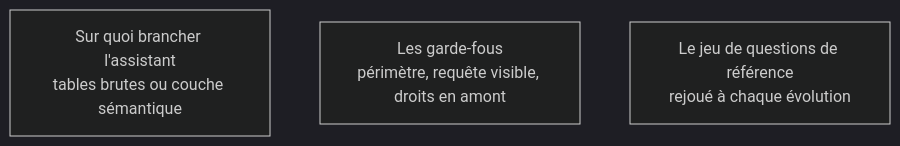
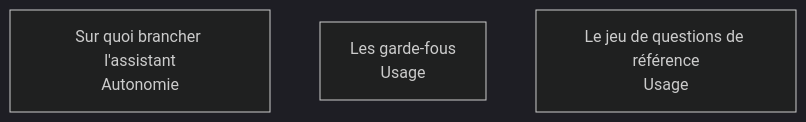
Before and after one commit to floSa/Atlas-Metiers-Roadmaps: the diagram in content/parcours/bi-analyst/bi-conversationnelle/index.md, drawn with Mermaid (dark theme). The commit also changed 20 other files, not shown here.

````diff
--- a/content/parcours/bi-analyst/bi-conversationnelle/index.md
+++ b/content/parcours/bi-analyst/bi-conversationnelle/index.md
@@ -11,10 +11,10 @@
 ```mermaid
 flowchart TD
-  B["Sur quoi brancher l'assistant<br/>tables brutes ou couche sémantique"]
-  G["Les garde-fous<br/>périmètre, requête visible, droits en amont"]
-  Q["Le jeu de questions de référence<br/>rejoué à chaque évolution"]
+  B["Sur quoi brancher l'assistant<br/>Autonomie"]
+  G["Les garde-fous<br/>Usage"]
+  Q["Le jeu de questions de référence<br/>Usage"]
 
   click B "/parcours/bi-analyst/bi-conversationnelle/sur-quoi-brancher-l-assistant"
   click G "/parcours/bi-analyst/bi-conversationnelle/les-garde-fous"
   click Q "/parcours/bi-analyst/bi-conversationnelle/le-jeu-de-questions-de-reference"
 ```
````
